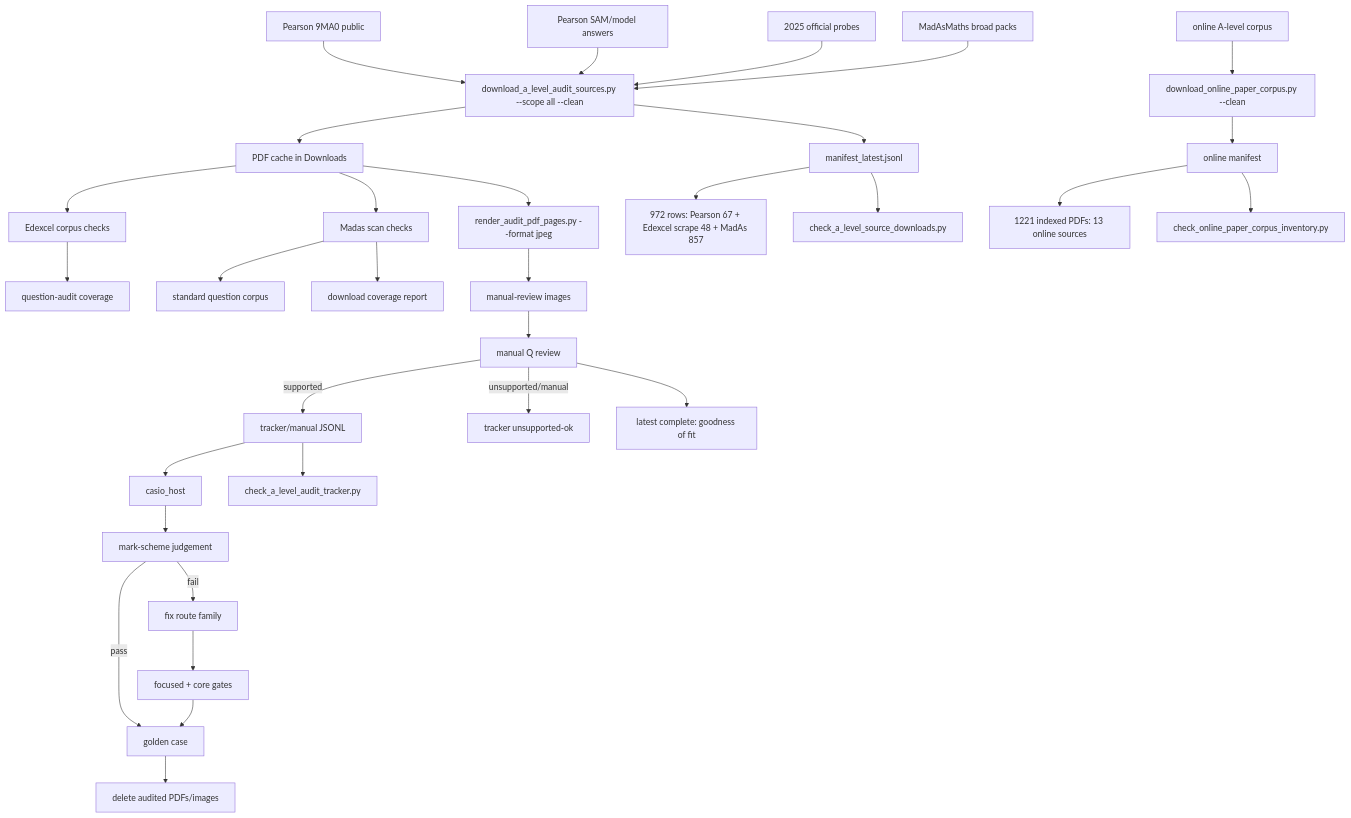
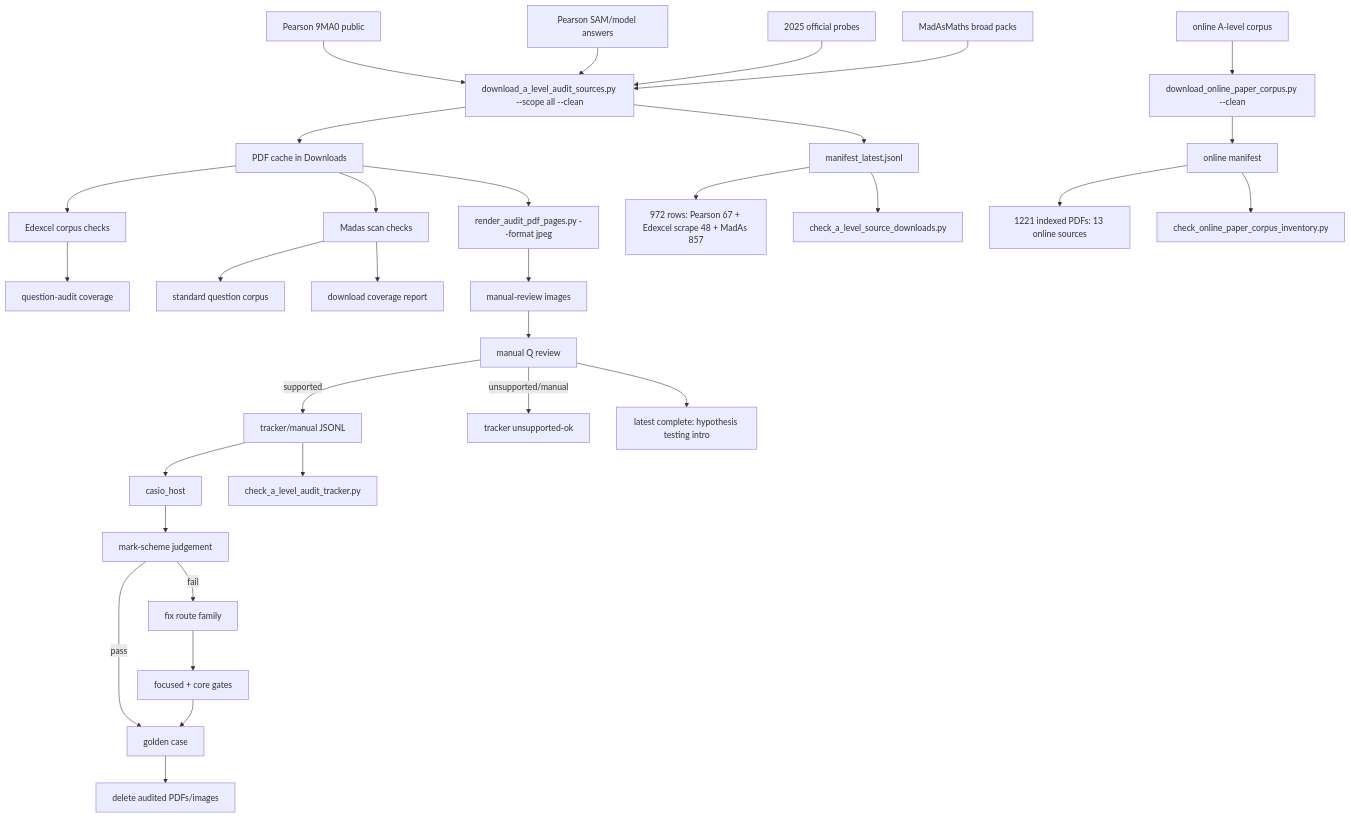
Before and after one commit to james8464/notes-addin-casio-fx-cg50: the diagram in c++/tools/golden/a_level_audit_graph.md, drawn with Mermaid. The commit also changed other lines of this file and 2 other files, not shown here.

Commit message:
Audit hypothesis testing introduction booklet

````diff
--- a/c++/tools/golden/a_level_audit_graph.md
+++ b/c++/tools/golden/a_level_audit_graph.md
@@ -3,34 +3,34 @@
 ```mermaid
 graph TD
   E1["Pearson 9MA0 public"] --> D["download_a_level_audit_sources.py --scope all --clean"]
   E2["Pearson SAM/model answers"] --> D
   E3["2025 official probes"] --> D
   M1["MadAsMaths broad packs"] --> D
   O1["online A-level corpus"] --> OD["download_online_paper_corpus.py --clean"]
   D --> P["PDF cache in Downloads"]
   D --> X["manifest_latest.jsonl"]
   OD --> OX["online manifest"]
   X --> XC["972 rows: Pearson 67 + Edexcel scrape 48 + MadAs 857"]
   OX --> OC["1221 indexed PDFs: 13 online sources"]
   X --> V["check_a_level_source_downloads.py"]
   OX --> OV["check_online_paper_corpus_inventory.py"]
   P --> E["Edexcel corpus checks"]
   E --> EQ["question-audit coverage"]
   P --> S["Madas scan checks"]
   S --> M["standard question corpus"]
   S --> MC["download coverage report"]
   P --> R["render_audit_pdf_pages.py --format jpeg"]
   R --> I["manual-review images"]
   I --> Q["manual Q review"]
   Q -->|supported| J["tracker/manual JSONL"]
   Q -->|unsupported/manual| U["tracker unsupported-ok"]
   J --> H["casio_host"]
   J --> K["check_a_level_audit_tracker.py"]
   H --> C["mark-scheme judgement"]
   C -->|pass| G["golden case"]
   C -->|fail| F["fix route family"]
   F --> T["focused + core gates"]
   T --> G
   G --> Z["delete audited PDFs/images"]
-  Q --> QGOF["latest complete: goodness of fit"]
+  Q --> QHTIntro["latest complete: hypothesis testing intro"]
 ```
````
